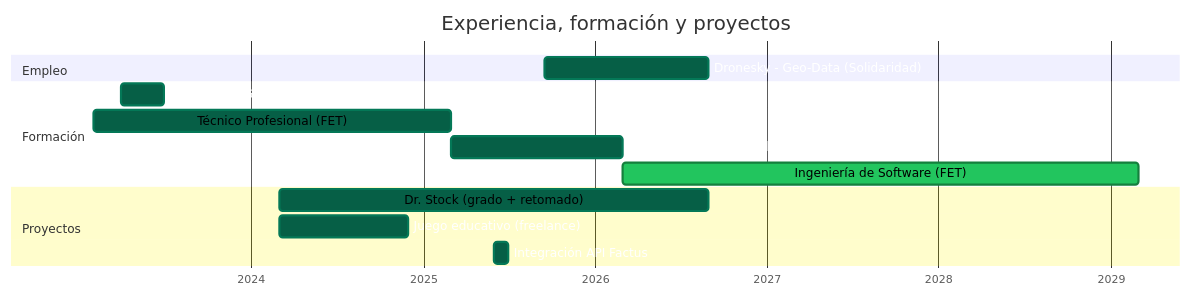
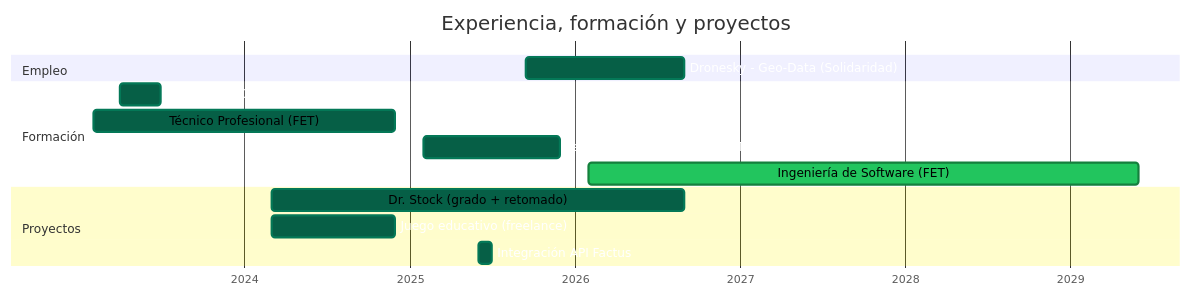
Before and after one commit to JuanJo24S/JuanJo24S: the diagram in README.md, drawn with Mermaid. The commit also changed other lines of this file, not shown here.

````diff
--- a/README.md
+++ b/README.md
@@ -58,26 +68,26 @@
 ```mermaid
 %%{init: { 'themeVariables': {
   'doneTaskBkgColor': '#065f46',
   'doneTaskBorderColor': '#047857',
   'activeTaskBkgColor': '#22c55e',
   'activeTaskBorderColor': '#15803d',
   'taskTextColor': '#ffffff',
   'taskTextLightColor': '#ffffff',
   'taskTextOutsideColor': '#ffffff'
 }}}%%
 gantt
     title Experiencia, formación y proyectos
     dateFormat  YYYY-MM-DD
     axisFormat  %Y
     section Empleo
     Dronesky - Geo-Data (Solidaridad)      :done, 2025-09-15, 2026-08-31
     section Formación
     Curso SQL - Guayerd + Beta Hub         :done, 2023-04-01, 2023-06-30
-    Técnico Profesional (FET)              :done, 2023-02-01, 2025-03-01
-    Tecnología en Desarrollo (FET)         :done, 2025-03-01, 2026-03-01
-    Ingeniería de Software (FET)           :active, 2026-03-01, 2029-03-01
+    Técnico Profesional (FET)              :done, 2023-02-01, 2024-11-30
+    Tecnología en Desarrollo (FET)         :done, 2025-02-01, 2025-11-30
+    Ingeniería de Software (FET)           :active, 2026-02-01, 2029-06-01
     section Proyectos
     Dr. Stock (grado + retomado)           :done, 2024-03-01, 2026-08-31
     Juego educativo (freelance)            :done, 2024-03-01, 2024-11-30
     Integración API Factus                 :done, 2025-06-01, 2025-06-30
 ```
````
